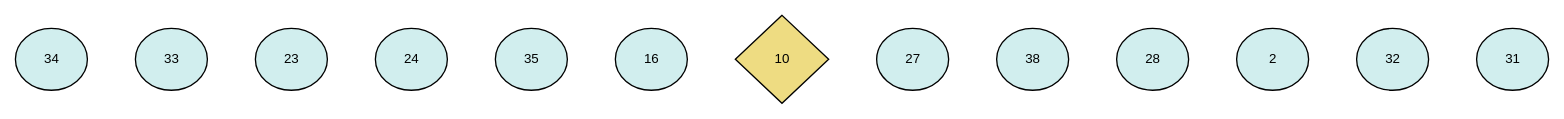
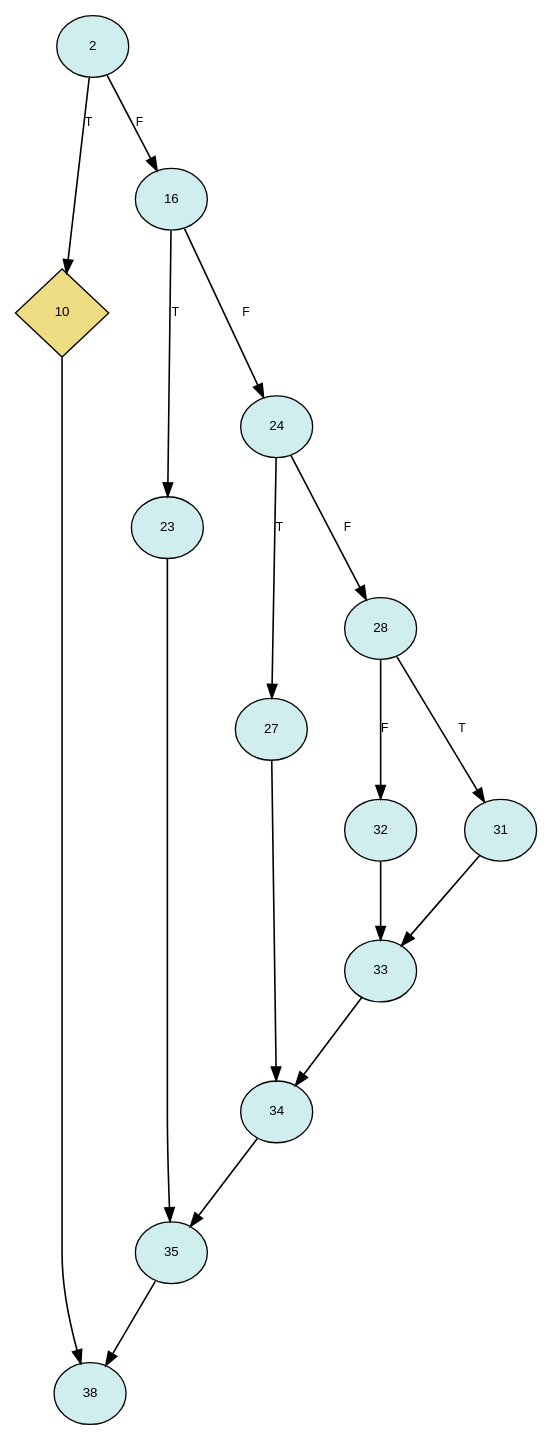
Before and after one commit to FelicitasGarcia/MimicryMonitor: the diagram in exampleFiles/dots/llvm/PRUEBA_DOT.dot, drawn with Graphviz. The commit also changed 34 other files, not shown here.

```diff
--- a/exampleFiles/dots/llvm/PRUEBA_DOT.dot
+++ b/exampleFiles/dots/llvm/PRUEBA_DOT.dot
@@ -1,23 +1,39 @@
 digraph prueba {
   rankdir=TB; // Top to bottom layout
   rank=min;
   nodesep=0.5; // Increase node separation
   ranksep=0.8; // Increase rank separation
 edge [curvature=0.3];  node [fontname="Helvetica", fontsize=10];
   edge [fontname="Helvetica", fontsize=9];
 
   10 [label="34", style=filled, fillcolor="lightcyan2", shape=ellipse, margin="0.15,0.15"];
   9 [label="33", style=filled, fillcolor="lightcyan2", shape=ellipse, margin="0.15,0.15"];
+  8 [label="32", style=filled, fillcolor="lightcyan2", shape=ellipse, margin="0.15,0.15"];
   3 [label="23", style=filled, fillcolor="lightcyan2", shape=ellipse, margin="0.15,0.15"];
   4 [label="24", style=filled, fillcolor="lightcyan2", shape=ellipse, margin="0.15,0.15"];
+  1 [label="10", style=filled, fillcolor="lightgoldenrod2", shape=diamond, margin="0.15,0.15"];
   11 [label="35", style=filled, fillcolor="lightcyan2", shape=ellipse, margin="0.15,0.15"];
   2 [label="16", style=filled, fillcolor="lightcyan2", shape=ellipse, margin="0.15,0.15"];
-  1 [label="10", style=filled, fillcolor="lightgoldenrod2", shape=diamond, margin="0.15,0.15"];
   5 [label="27", style=filled, fillcolor="lightcyan2", shape=ellipse, margin="0.15,0.15"];
   12 [label="38", style=filled, fillcolor="lightcyan2", shape=ellipse, margin="0.15,0.15"];
   6 [label="28", style=filled, fillcolor="lightcyan2", shape=ellipse, margin="0.15,0.15"];
   0 [label="2", style=filled, fillcolor="lightcyan2", shape=ellipse, margin="0.15,0.15"];
-  8 [label="32", style=filled, fillcolor="lightcyan2", shape=ellipse, margin="0.15,0.15"];
   7 [label="31", style=filled, fillcolor="lightcyan2", shape=ellipse, margin="0.15,0.15"];
 
+  0 -> 1 [label="T", id=0, arrowhead=normal, penwidth=1.2];
+  0 -> 2 [label="F", id=1, arrowhead=normal, penwidth=1.2];
+  1 -> 12 [label="", id=2, arrowhead=normal, penwidth=1.2];
+  2 -> 3 [label="T", id=3, arrowhead=normal, penwidth=1.2];
+  2 -> 4 [label="F", id=4, arrowhead=normal, penwidth=1.2];
+  3 -> 11 [label="", id=5, arrowhead=normal, penwidth=1.2];
+  4 -> 5 [label="T", id=6, arrowhead=normal, penwidth=1.2];
+  4 -> 6 [label="F", id=7, arrowhead=normal, penwidth=1.2];
+  5 -> 10 [label="", id=8, arrowhead=normal, penwidth=1.2];
+  6 -> 7 [label="T", id=9, arrowhead=normal, penwidth=1.2];
+  6 -> 8 [label="F", id=10, arrowhead=normal, penwidth=1.2];
+  7 -> 9 [label="", id=11, arrowhead=normal, penwidth=1.2];
+  8 -> 9 [label="", id=12, arrowhead=normal, penwidth=1.2];
+  9 -> 10 [label="", id=13, arrowhead=normal, penwidth=1.2];
+  10 -> 11 [label="", id=14, arrowhead=normal, penwidth=1.2];
+  11 -> 12 [label="", id=15, arrowhead=normal, penwidth=1.2];
 }
```
